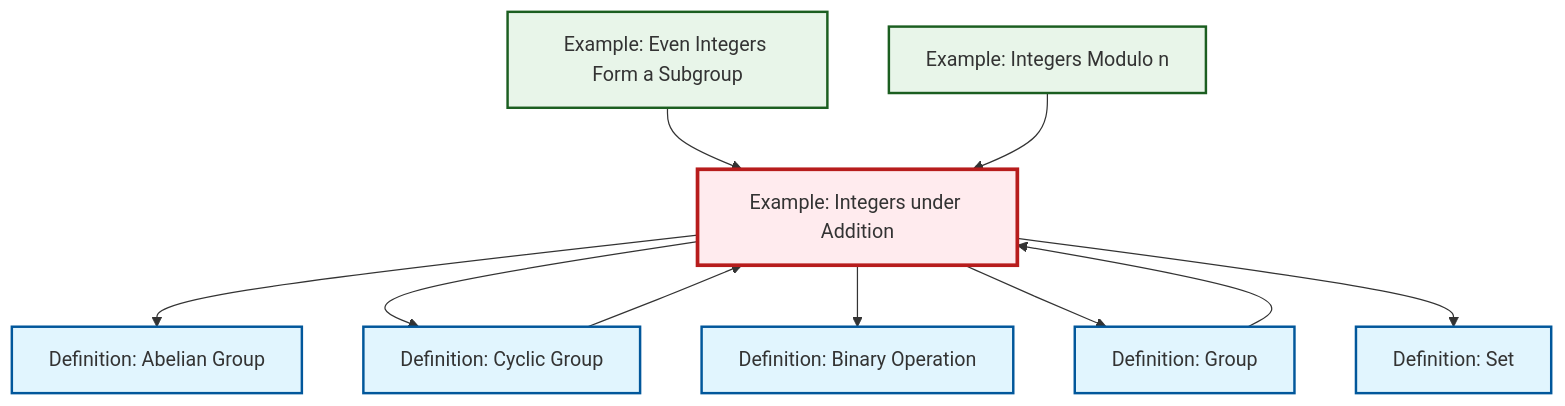
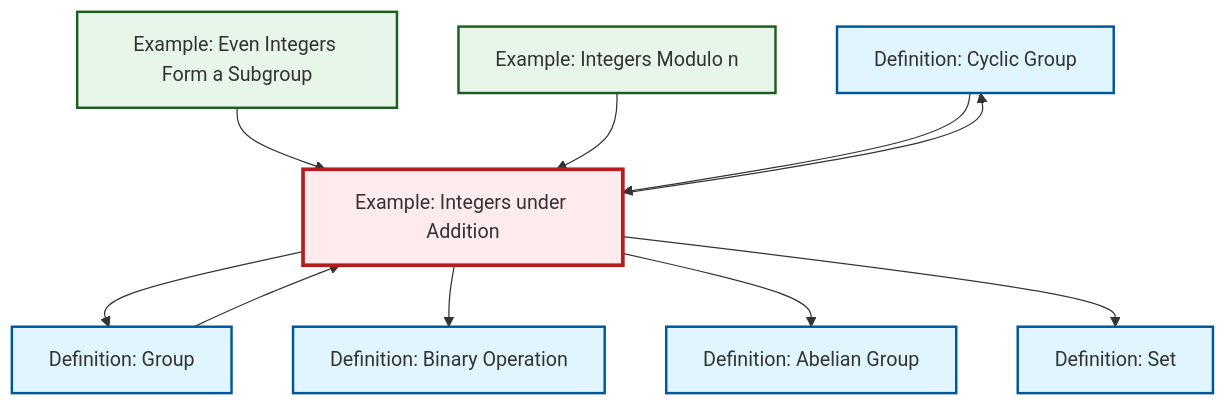
One commit to RK0429/ModernMath changed the diagram in output/mermaid/ex-integers-addition.mermaid. Above: the diagram before and after it, drawn with Mermaid. The commit also changed other lines of this file and 491 other files, not shown here.

```diff
--- a/output/mermaid/ex-integers-addition.mermaid
+++ b/output/mermaid/ex-integers-addition.mermaid
@@ -1,25 +1,25 @@
 %%| fig-cap: "Local dependency graph"
 graph TD
     classDef definition fill:#e1f5fe,stroke:#01579b,stroke-width:2px
     classDef theorem fill:#f3e5f5,stroke:#4a148c,stroke-width:2px
     classDef axiom fill:#fff3e0,stroke:#e65100,stroke-width:2px
     classDef example fill:#e8f5e9,stroke:#1b5e20,stroke-width:2px
     classDef current fill:#ffebee,stroke:#b71c1c,stroke-width:3px
+    def-binary-operation["Definition: Binary Operation"]:::definition
+    def-abelian-group["Definition: Abelian Group"]:::definition
+    def-cyclic-group["Definition: Cyclic Group"]:::definition
+    ex-even-integers-subgroup["Example: Even Integers Form a Subgroup"]:::example
+    def-group["Definition: Group"]:::definition
     ex-integers-addition["Example: Integers under Addition"]:::example
     def-set["Definition: Set"]:::definition
-    def-group["Definition: Group"]:::definition
-    def-cyclic-group["Definition: Cyclic Group"]:::definition
-    def-binary-operation["Definition: Binary Operation"]:::definition
-    def-abelian-group["Definition: Abelian Group"]:::definition
-    ex-even-integers-subgroup["Example: Even Integers Form a Subgroup"]:::example
     ex-quotient-integers-mod-n["Example: Integers Modulo n"]:::example
+    ex-even-integers-subgroup --> ex-integers-addition
+    ex-integers-addition --> def-group
+    def-group --> ex-integers-addition
+    ex-integers-addition --> def-binary-operation
+    ex-quotient-integers-mod-n --> ex-integers-addition
+    ex-integers-addition --> def-abelian-group
     def-cyclic-group --> ex-integers-addition
-    ex-integers-addition --> def-abelian-group
+    ex-integers-addition --> def-set
     ex-integers-addition --> def-cyclic-group
-    ex-integers-addition --> def-binary-operation
-    ex-integers-addition --> def-group
-    ex-integers-addition --> def-set
-    def-group --> ex-integers-addition
-    ex-even-integers-subgroup --> ex-integers-addition
-    ex-quotient-integers-mod-n --> ex-integers-addition
     class ex-integers-addition current
```
